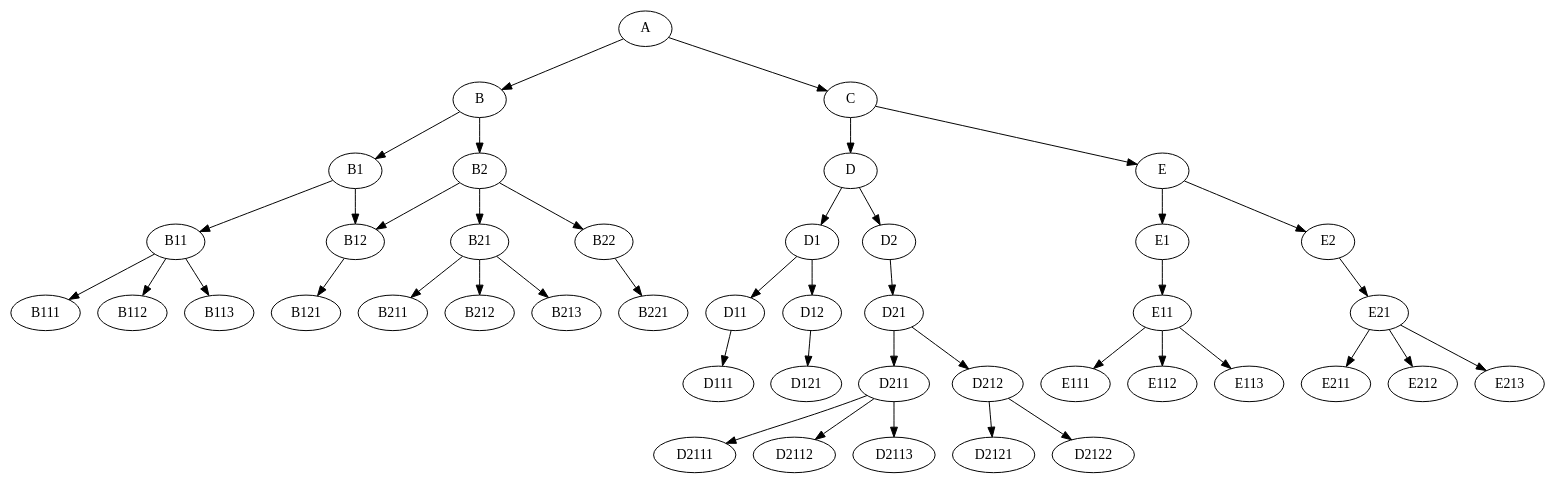
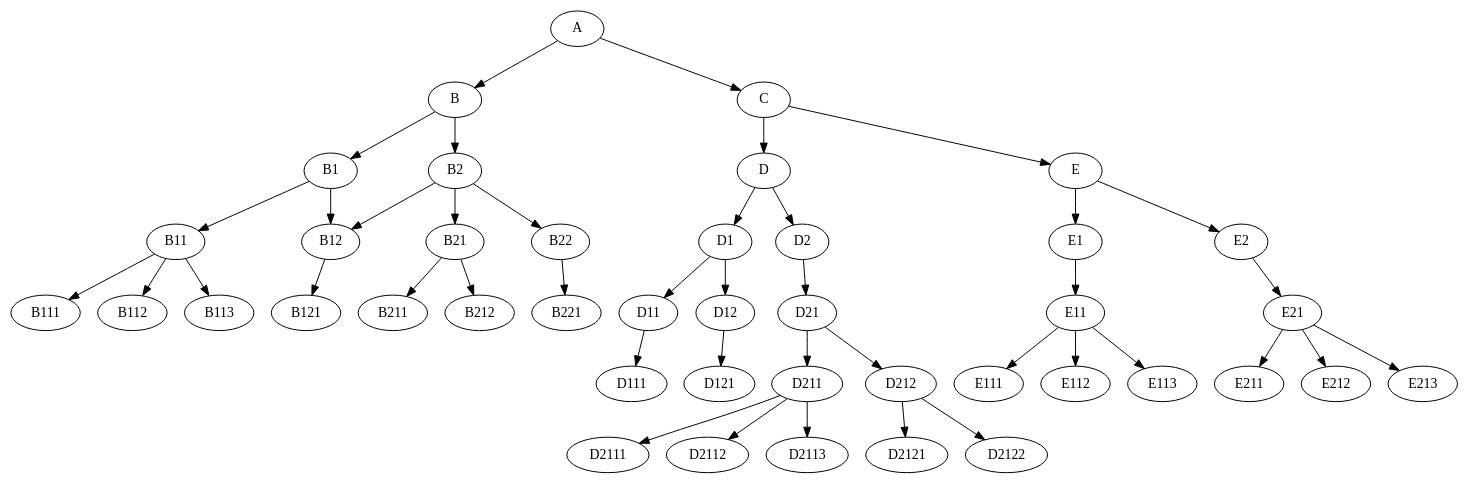
One commit to jonas-schmitt/thesis changed the diagram in tree_generation_scripts/related_work.dot. Above: the diagram before and after it, drawn with Graphviz. The commit also changed 1 other file, not shown here.

```diff
--- a/tree_generation_scripts/related_work.dot
+++ b/tree_generation_scripts/related_work.dot
@@ -1,88 +1,87 @@
 digraph G {  
   ordering=in ;
   A[texlbl="AI-Based PDE Solvers"];
   A -> B
   A -> C
   B[texlbl="Continuous"];
   C[texlbl="Discrete"];
   B -> B1 
   B -> B2
   B1[texlbl="Physics-Informed"];
   B2[texlbl="Neural Operators"];
   B1 -> B11
   B1 -> B12
   B2 -> B12
   B2 -> B21
   B2 -> B22
   B11[texlbl="PINN"];
   B111[texlbl="[60]"];
   B112[texlbl="[61]"];
   B113[texlbl="[92]"];
   B11 -> B111
   B11 -> B112
   B11 -> B113
   B21[texlbl="FNO"];
-  B211[texlbl="[73]"];
-  B212[texlbl="[42]"];
+  B211[texlbl="[42]"];
+  B212[texlbl="[73]"];
   B21 -> B211
   B21 -> B212
-  B21 -> B213
   B22[texlbl="DeepONet"];
   B221[texlbl="[78]"];
   B22 -> B221
   B12[texlbl="PINO"];
   B121[texlbl="[74]"];
   B12 -> B121
   C -> D
   C -> E
   D[texlbl="ML-Based"];
   D -> D1
   D -> D2
   D1[texlbl="Standalone"];
   D1 -> D11
   D1 -> D12
   D11[texlbl="CNN"];
   D111[texlbl="[118]"];
   D11 -> D111
   D12[texlbl="GNN"];
   D121[texlbl="[87]"];
   D12 -> D121
   D2[texlbl="Hybrid"];
   D2 -> D21
   D21[texlbl="MG-Based"];
   D21 -> D211
   D21 -> D212
   D211[texlbl="Prolongation"];
   D2111[texlbl="[41]"];
   D2112[texlbl="[59]"];
   D2113[texlbl="[80]"];
   D211 -> D2111
   D211 -> D2112
   D211 -> D2113
   D212[texlbl="Smoothing"];
   D2121[texlbl="[30]"];
   D2122[texlbl="[54]"];
   D212 -> D2121
   D212 -> D2122
   E[texlbl="Algorithm Design"];
   E -> E1
   E -> E2
   E1[texlbl="Top-Down"];
   E2[texlbl="Bottom-Up"];
   E1 -> E11
   E2 -> E21
   E11[texlbl="Combinatorial"];
   E111[texlbl="[12]"];
   E112[texlbl="[86]"];
   E113[texlbl="[116]"];
   E11 -> E111
   E11 -> E112
   E11 -> E113
   E21[texlbl="Grammar-Based"];
   E211[texlbl="[105]"];
   E212[texlbl="[106]"];
   E213[texlbl="[107]"];
   E21 -> E211
   E21 -> E212
   E21 -> E213
 }
```
